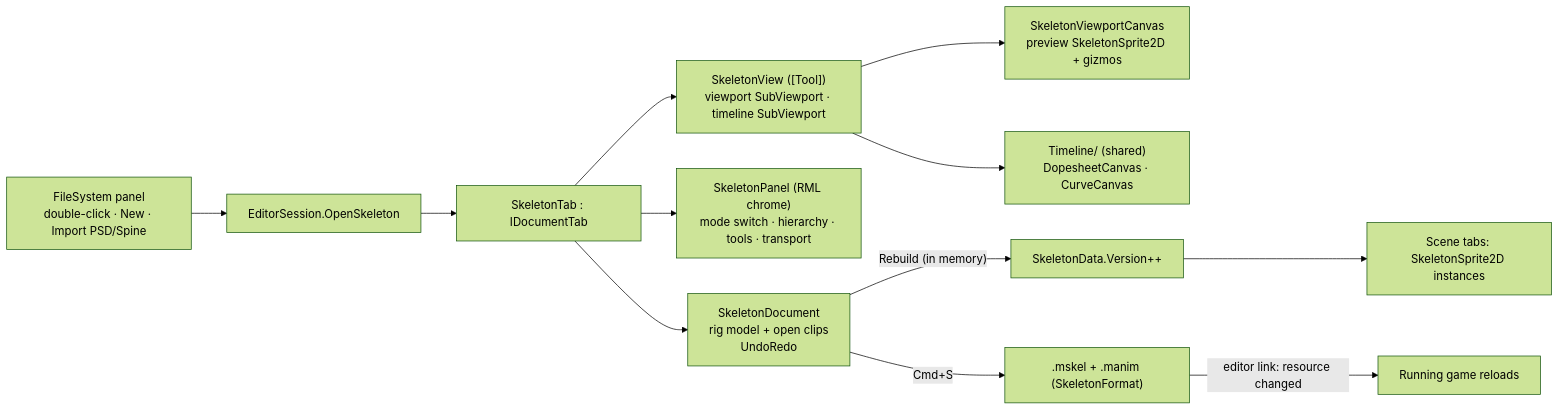
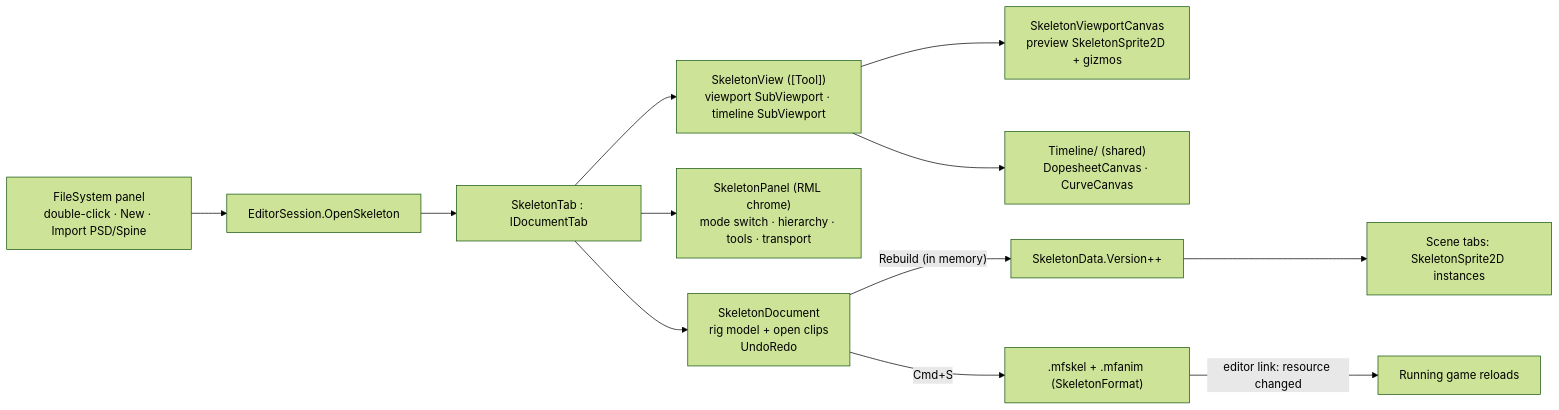
The diagram in docs/design/future/skeleton-2d-editor.md (Mainframe-Games/mainframe-engine), drawn with Mermaid (forest theme) before and after one commit. The commit also changed other lines of this file and 886 other files, not shown here.

````diff
--- a/docs/design/future/skeleton-2d-editor.md
+++ b/docs/design/future/skeleton-2d-editor.md
@@ -83,14 +83,14 @@
 ```mermaid
 flowchart LR
     FS["FileSystem panel<br/>double-click · New · Import PSD/Spine"] --> S["EditorSession.OpenSkeleton"]
     S --> T["SkeletonTab : IDocumentTab"]
     T --> D["SkeletonDocument<br/>rig model + open clips<br/>UndoRedo"]
     T --> P["SkeletonPanel (RML chrome)<br/>mode switch · hierarchy · tools · transport"]
     T --> V["SkeletonView ([Tool])<br/>viewport SubViewport · timeline SubViewport"]
     V --> VC["SkeletonViewportCanvas<br/>preview SkeletonSprite2D + gizmos"]
     V --> TL["Timeline/ (shared)<br/>DopesheetCanvas · CurveCanvas"]
     D -->|"Rebuild (in memory)"| SD["SkeletonData.Version++"]
     SD --> SC["Scene tabs: SkeletonSprite2D instances"]
-    D -->|Cmd+S| F[".mskel + .manim (SkeletonFormat)"]
+    D -->|Cmd+S| F[".mfskel + .mfanim (SkeletonFormat)"]
     F -->|editor link: resource changed| G["Running game reloads"]
 ```
````
